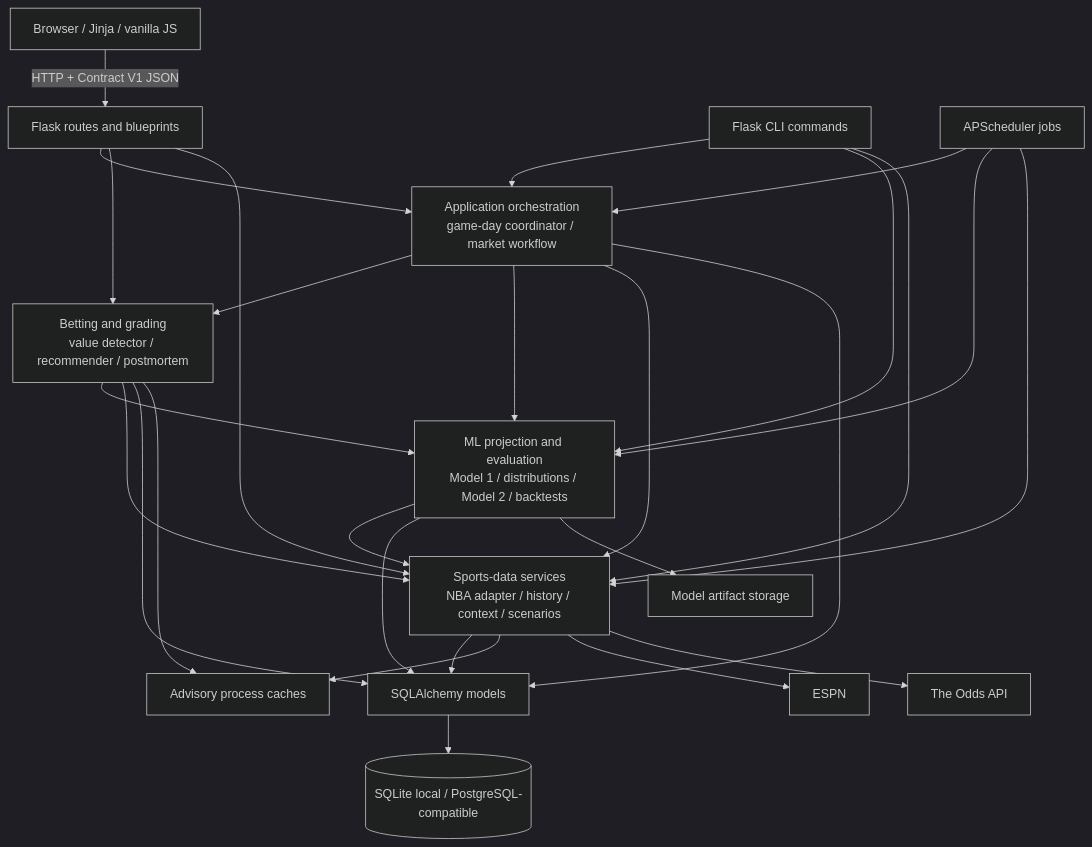
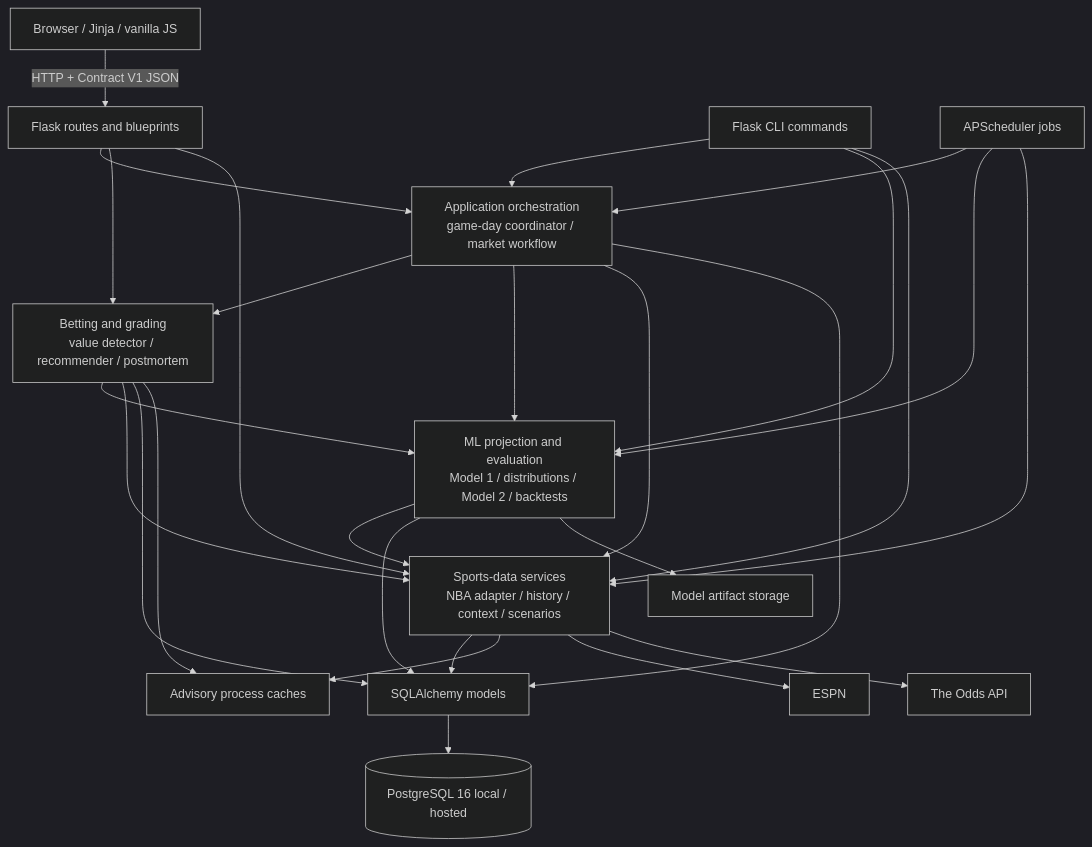
Before and after one commit to Moody24/sports_betting_tracker: the diagram in docs/architecture/system-contract.md, drawn with Mermaid (dark theme). The commit also changed other lines of this file and 27 other files, not shown here.

````diff
--- a/docs/architecture/system-contract.md
+++ b/docs/architecture/system-contract.md
@@ -54,48 +54,48 @@
 ```mermaid
 flowchart TB
     Browser[Browser / Jinja / vanilla JS]
     HTTP[Flask routes and blueprints]
     CLI[Flask CLI commands]
     Scheduler[APScheduler jobs]
 
     Orchestration[Application orchestration<br/>game-day coordinator / market workflow]
     Betting[Betting and grading<br/>value detector / recommender / postmortem]
     ML[ML projection and evaluation<br/>Model 1 / distributions / Model 2 / backtests]
     Data[Sports-data services<br/>NBA adapter / history / context / scenarios]
     Cache[Advisory process caches]
 
     ORM[SQLAlchemy models]
     Artifacts[Model artifact storage]
-    DB[(SQLite local / PostgreSQL-compatible)]
+    DB[(PostgreSQL 16 local / hosted)]
     ESPN[ESPN]
     Odds[The Odds API]
 
     Browser -->|HTTP + Contract V1 JSON| HTTP
     HTTP --> Orchestration
     HTTP --> Betting
     HTTP --> Data
     CLI --> Orchestration
     CLI --> ML
     CLI --> Data
     Scheduler --> Orchestration
     Scheduler --> ML
     Scheduler --> Data
 
     Orchestration --> Betting
     Orchestration --> ML
     Orchestration --> Data
     Betting --> ML
     Betting --> Data
     ML --> Data
 
     Orchestration --> ORM
     Betting --> ORM
     ML --> ORM
     Data --> ORM
     ML --> Artifacts
     ORM --> DB
     Data --> Cache
     Betting --> Cache
     Data --> ESPN
     Data --> Odds
 ```
````
